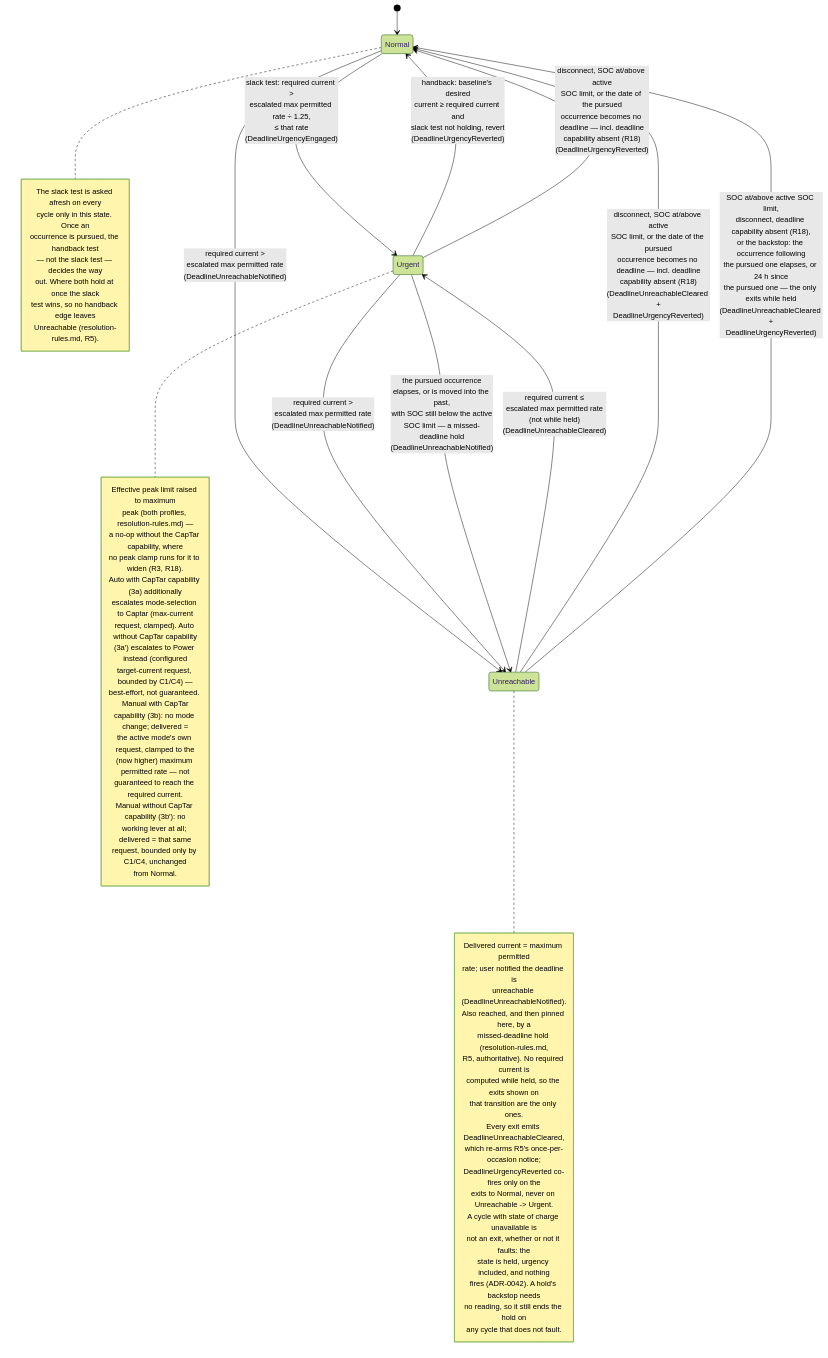
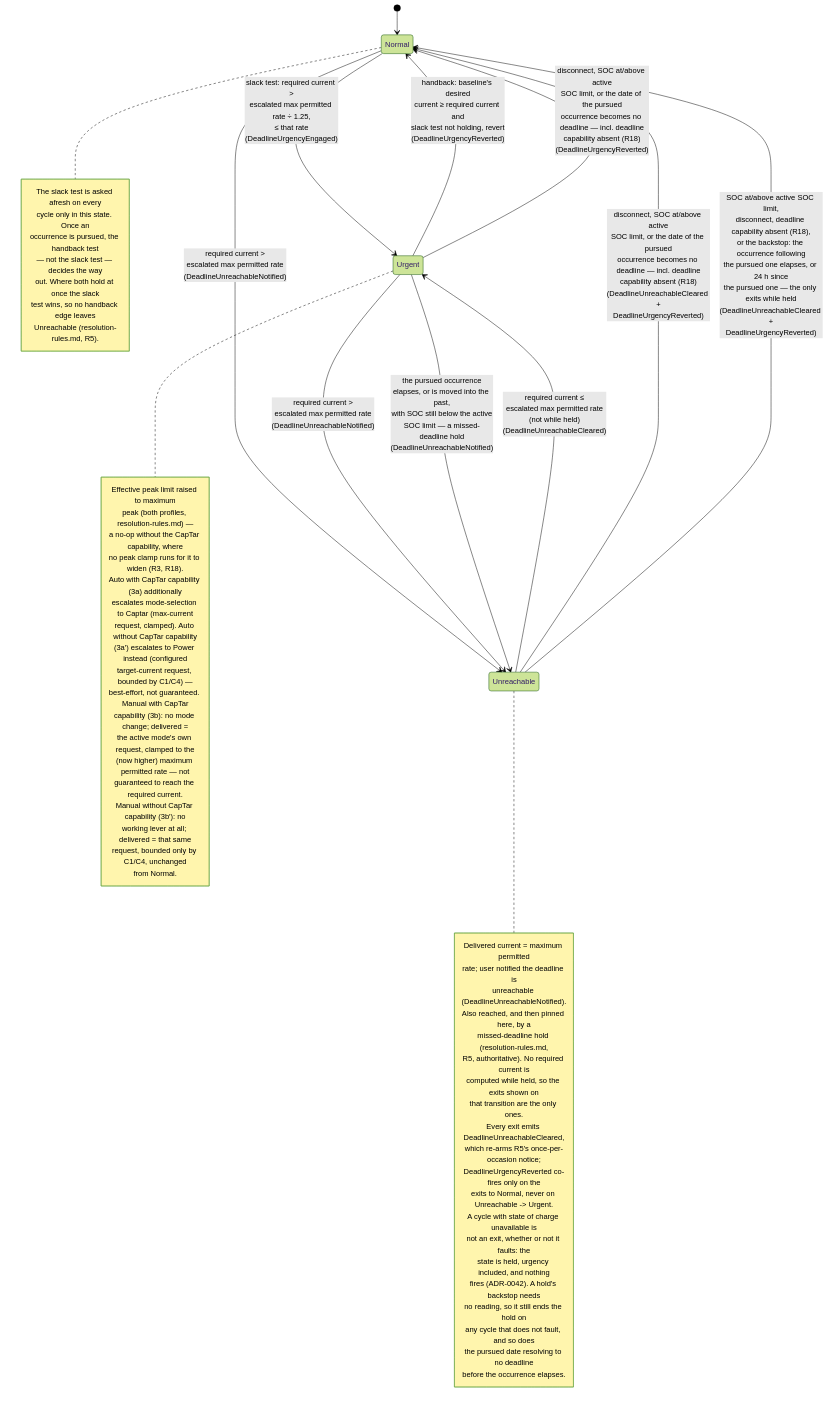
One commit to kristofdegrave/homeassistant-smart-charging changed the diagram in docs/analysis/use-cases/UC05-guarantee-ready-by-departure.md. Above: the diagram before and after it, drawn with Mermaid (forest theme). The commit also changed other lines of this file and 1 other file, not shown here.

Commit message:
docs: address review remarks, round 2 after the merge (#1452)
- UC05: the Unreachable Mermaid note and the state-model prose name the
  no-reading "no deadline" release beside the backstop, with the
  non-fault qualifier.
- R5 re-arm AC: a move into the past begins an occasion on a no-reading
  cycle too.

````diff
--- a/docs/analysis/use-cases/UC05-guarantee-ready-by-departure.md
+++ b/docs/analysis/use-cases/UC05-guarantee-ready-by-departure.md
@@ -118,62 +118,64 @@
 ```mermaid
 stateDiagram-v2
     [*] --> Normal
     Normal --> Urgent: slack test: required current ><br/>escalated max permitted rate ÷ 1.25,<br/>≤ that rate<br/>(DeadlineUrgencyEngaged)
     Normal --> Unreachable: required current ><br/>escalated max permitted rate<br/>(DeadlineUnreachableNotified)
     Urgent --> Normal: handback: baseline's desired<br/>current ≥ required current and<br/>slack test not holding, revert<br/>(DeadlineUrgencyReverted)
     Urgent --> Unreachable: required current ><br/>escalated max permitted rate<br/>(DeadlineUnreachableNotified)
     Urgent --> Unreachable: the pursued occurrence<br/>elapses, or is moved into the past,<br/>with SOC still below the active<br/>SOC limit — a missed-deadline hold<br/>(DeadlineUnreachableNotified)
     Urgent --> Normal: disconnect, SOC at/above active<br/>SOC limit, or the date of the pursued<br/>occurrence becomes no deadline — incl. deadline<br/>capability absent (R18)<br/>(DeadlineUrgencyReverted)
     Unreachable --> Urgent: required current ≤<br/>escalated max permitted rate<br/>(not while held)<br/>(DeadlineUnreachableCleared)
     Unreachable --> Normal: disconnect, SOC at/above active<br/>SOC limit, or the date of the pursued<br/>occurrence becomes no deadline — incl. deadline<br/>capability absent (R18)<br/>(DeadlineUnreachableCleared +<br/>DeadlineUrgencyReverted)
     Unreachable --> Normal: SOC at/above active SOC limit,<br/>disconnect, deadline capability absent (R18),<br/>or the backstop: the occurrence following<br/>the pursued one elapses, or 24 h since<br/>the pursued one — the only exits while held<br/>(DeadlineUnreachableCleared +<br/>DeadlineUrgencyReverted)
     note right of Normal
         The slack test is asked afresh on every
         cycle only in this state. Once an
         occurrence is pursued, the handback test
         — not the slack test — decides the way
         out. Where both hold at once the slack
         test wins, so no handback edge leaves
         Unreachable (resolution-rules.md, R5).
     end note
     note right of Urgent
         Effective peak limit raised to maximum
         peak (both profiles, resolution-rules.md) —
         a no-op without the CapTar capability, where
         no peak clamp runs for it to widen (R3, R18).
         Auto with CapTar capability (3a) additionally
         escalates mode-selection to Captar (max-current
         request, clamped). Auto without CapTar capability
         (3a′) escalates to Power instead (configured
         target-current request, bounded by C1/C4) —
         best-effort, not guaranteed. Manual with CapTar
         capability (3b): no mode change; delivered =
         the active mode's own request, clamped to the
         (now higher) maximum permitted rate — not
         guaranteed to reach the required current.
         Manual without CapTar capability (3b′): no
         working lever at all; delivered = that same
         request, bounded only by C1/C4, unchanged
         from Normal.
     end note
     note right of Unreachable
         Delivered current = maximum permitted
         rate; user notified the deadline is
         unreachable (DeadlineUnreachableNotified).
         Also reached, and then pinned here, by a
         missed-deadline hold (resolution-rules.md,
         R5, authoritative). No required current is
         computed while held, so the exits shown on
         that transition are the only ones.
         Every exit emits DeadlineUnreachableCleared,
         which re-arms R5's once-per-occasion notice;
         DeadlineUrgencyReverted co-fires only on the
         exits to Normal, never on Unreachable -> Urgent.
         A cycle with state of charge unavailable is
         not an exit, whether or not it faults: the
         state is held, urgency included, and nothing
         fires (ADR-0042). A hold's backstop needs
         no reading, so it still ends the hold on
-        any cycle that does not fault.
+        any cycle that does not fault, and so does
+        the pursued date resolving to no deadline
+        before the occurrence elapses.
     end note
 ```
````
